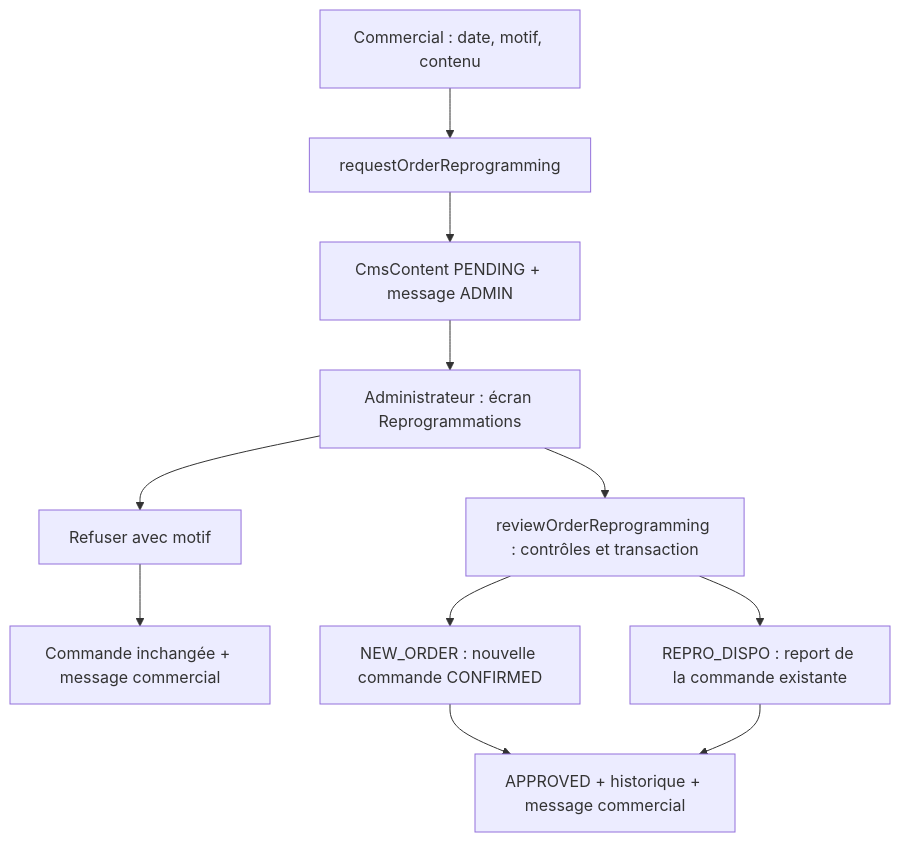
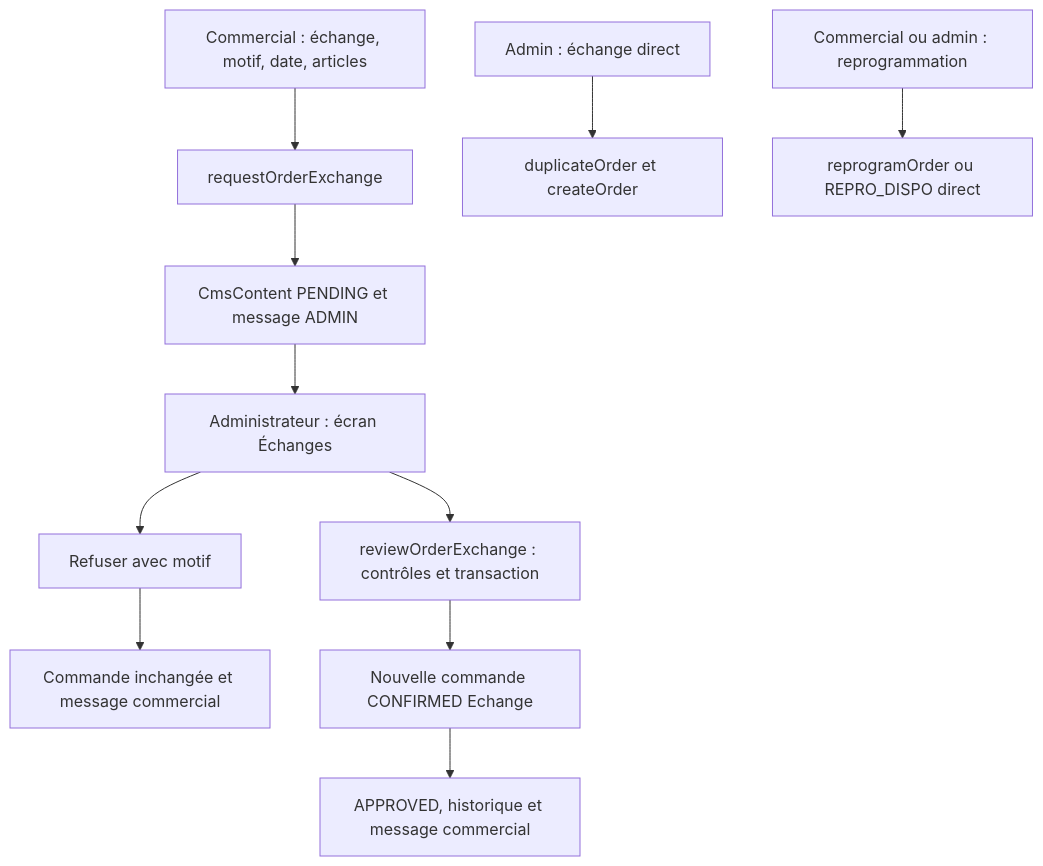
One commit to moasko/zangochap_gest changed the fourth of 5 diagrams in docs/PROJECT_MAP.md. Above: the diagram before and after it, drawn with Mermaid. The commit also changed other lines of this file and 17 other files, not shown here.

````diff
--- a/docs/PROJECT_MAP.md
+++ b/docs/PROJECT_MAP.md
@@ -187,13 +187,13 @@
 ```mermaid
 flowchart TD
-  Commercial[Commercial : date, motif, contenu] --> Request[requestOrderReprogramming]
-  Request --> Pending[CmsContent PENDING + message ADMIN]
-  Pending --> Review[Administrateur : écran Reprogrammations]
+  Commercial[Commercial : échange, motif, date, articles] --> Request[requestOrderExchange]
+  Request --> Pending[CmsContent PENDING et message ADMIN]
+  Pending --> Review[Administrateur : écran Échanges]
   Review --> Reject[Refuser avec motif]
-  Reject --> Unchanged[Commande inchangée + message commercial]
-  Review --> Approve[reviewOrderReprogramming : contrôles et transaction]
-  Approve --> New[NEW_ORDER : nouvelle commande CONFIRMED]
-  Approve --> Same[REPRO_DISPO : report de la commande existante]
-  New --> Done[APPROVED + historique + message commercial]
-  Same --> Done
+  Reject --> Unchanged[Commande inchangée et message commercial]
+  Review --> Approve[reviewOrderExchange : contrôles et transaction]
+  Approve --> New[Nouvelle commande CONFIRMED Echange]
+  New --> Done[APPROVED, historique et message commercial]
+  Admin[Admin : échange direct] --> Direct[duplicateOrder et createOrder]
+  Repro[Commercial ou admin : reprogrammation] --> Immediate[reprogramOrder ou REPRO_DISPO direct]
 ```
````
